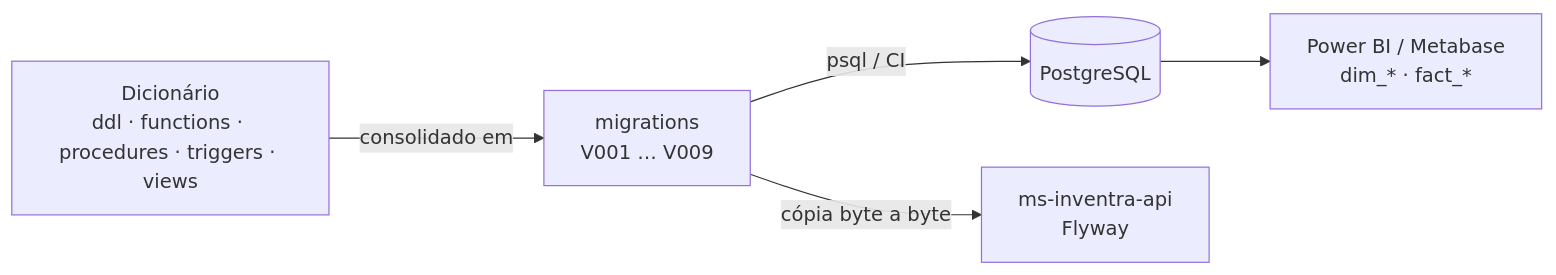
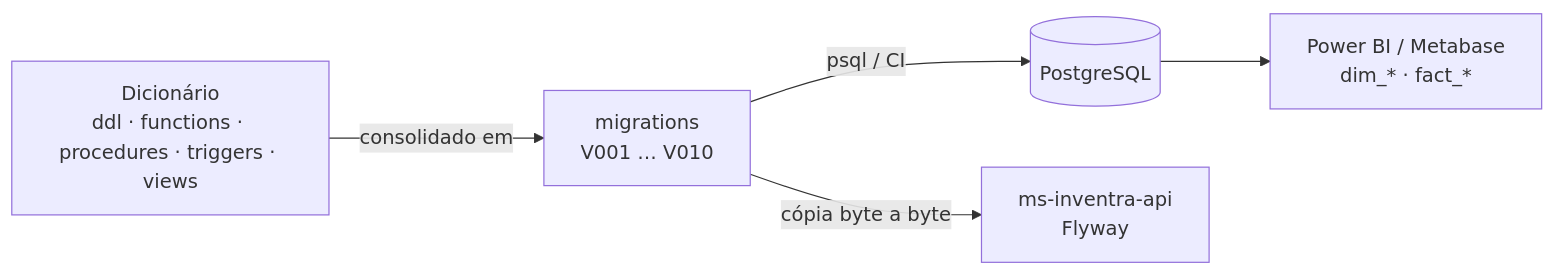
One commit to InventraTech/inventra-data-modeling-2 changed the diagram in README.md. Above: the diagram before and after it, drawn with Mermaid. The commit also changed other lines of this file and 11 other files, not shown here.

````diff
--- a/README.md
+++ b/README.md
@@ -43,7 +44,7 @@
 ```mermaid
 flowchart LR
-    D["Dicionário<br/>ddl · functions · procedures · triggers · views"] -->|consolidado em| M["migrations<br/>V001 … V009"]
+    D["Dicionário<br/>ddl · functions · procedures · triggers · views"] -->|consolidado em| M["migrations<br/>V001 … V010"]
     M -->|psql / CI| DB[("PostgreSQL")]
     M -->|cópia byte a byte| API["ms-inventra-api<br/>Flyway"]
     DB --> BI["Power BI / Metabase<br/>dim_* · fact_*"]
 ```
````
